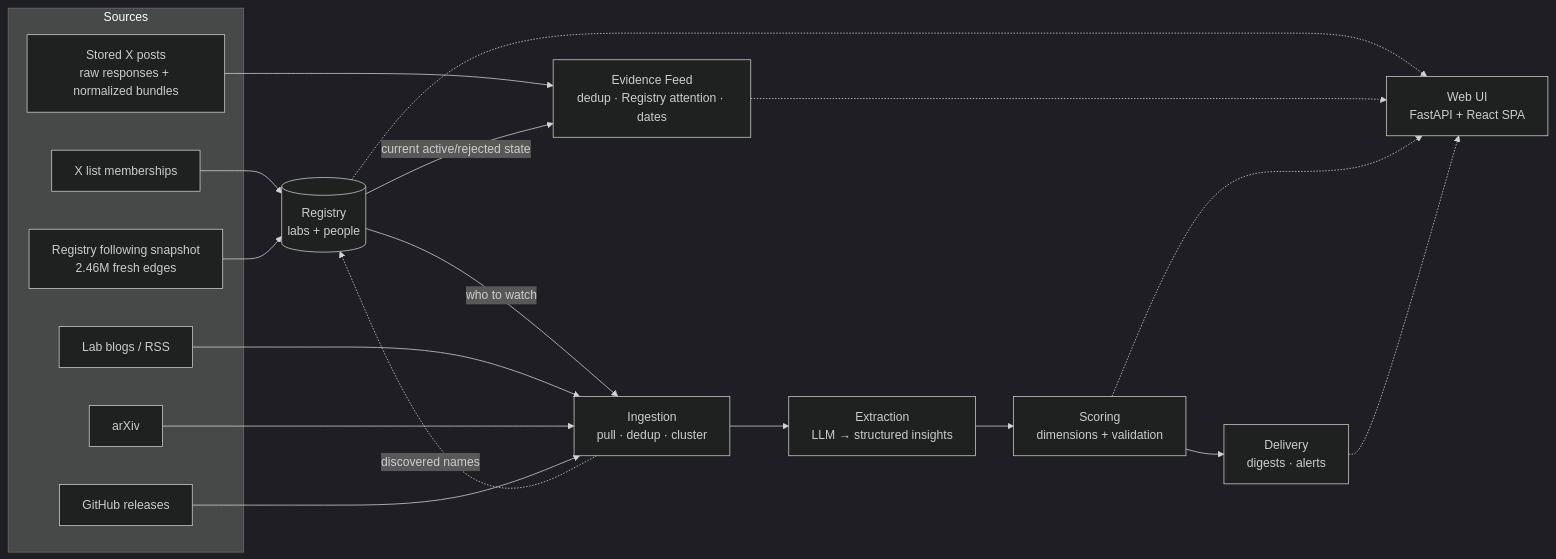
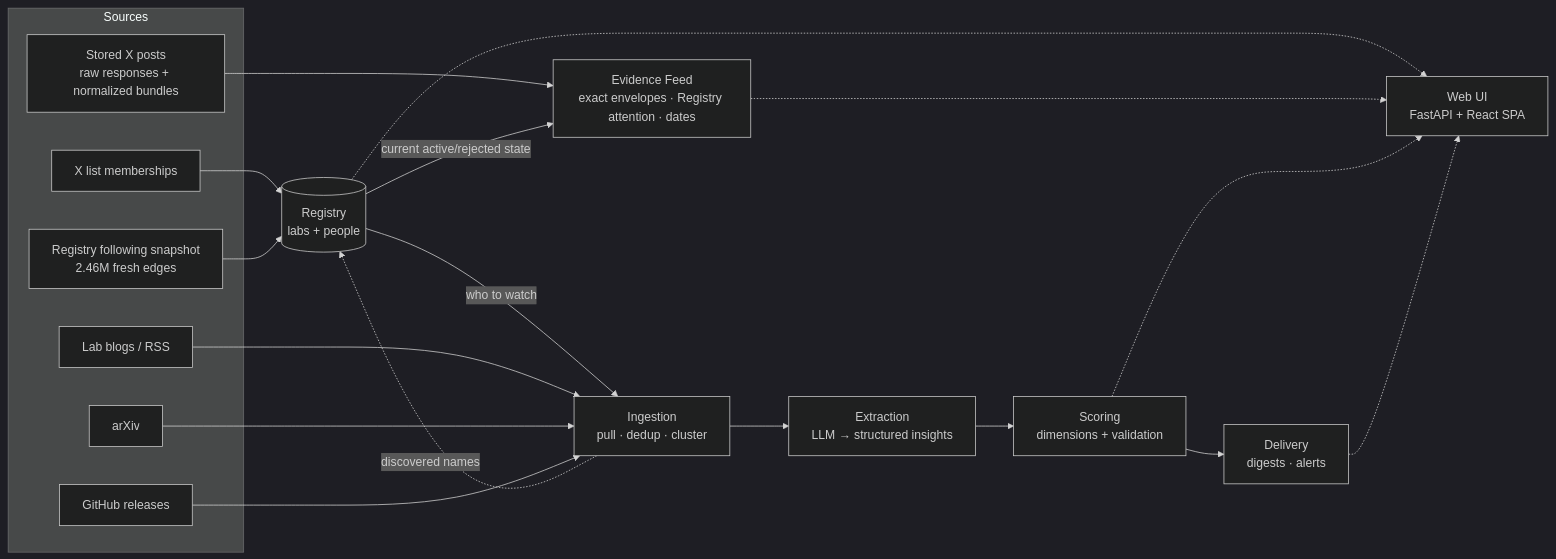
The first of 5 diagrams in docs/architecture/overview.md (AdithyanI/frontier-lab-intelligence), drawn with Mermaid (dark theme) before and after one commit. The commit also changed other lines of this file and 14 other files, not shown here.

````diff
--- a/docs/architecture/overview.md
+++ b/docs/architecture/overview.md
@@ -146,34 +158,34 @@
 ```mermaid
 flowchart LR
     subgraph sources [Sources]
         XLISTS[X list memberships]
         XFOLLOW[Registry following snapshot<br/>2.46M fresh edges]
         XPOSTS[Stored X posts<br/>raw responses + normalized bundles]
         BLOGS[Lab blogs / RSS]
         ARXIV[arXiv]
         GH[GitHub releases]
     end
 
     REG[(Registry<br/>labs + people)]
     ING[Ingestion<br/>pull · dedup · cluster]
     EXT[Extraction<br/>LLM → structured insights]
     SCO[Scoring<br/>dimensions + validation]
     DEL[Delivery<br/>digests · alerts]
     UI[Web UI<br/>FastAPI + React SPA]
-    FEED[Evidence Feed<br/>dedup · Registry attention · dates]
+    FEED[Evidence Feed<br/>exact envelopes · Registry attention · dates]
 
     XLISTS --> REG
     XFOLLOW --> REG
     XPOSTS --> FEED
     REG -->|current active/rejected state| FEED
     REG -->|who to watch| ING
     BLOGS & ARXIV & GH --> ING
     ING --> EXT
     EXT --> SCO
     SCO --> DEL
     REG -.-> UI
     FEED -.-> UI
     SCO -.-> UI
     DEL -.-> UI
     ING -.->|discovered names| REG
 ```
````
